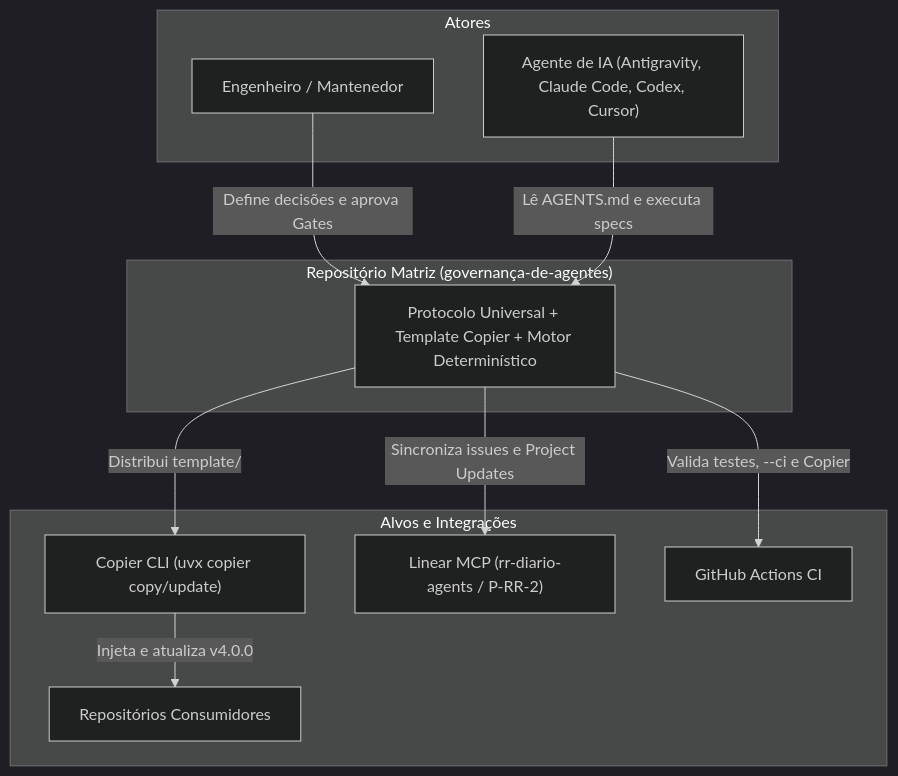
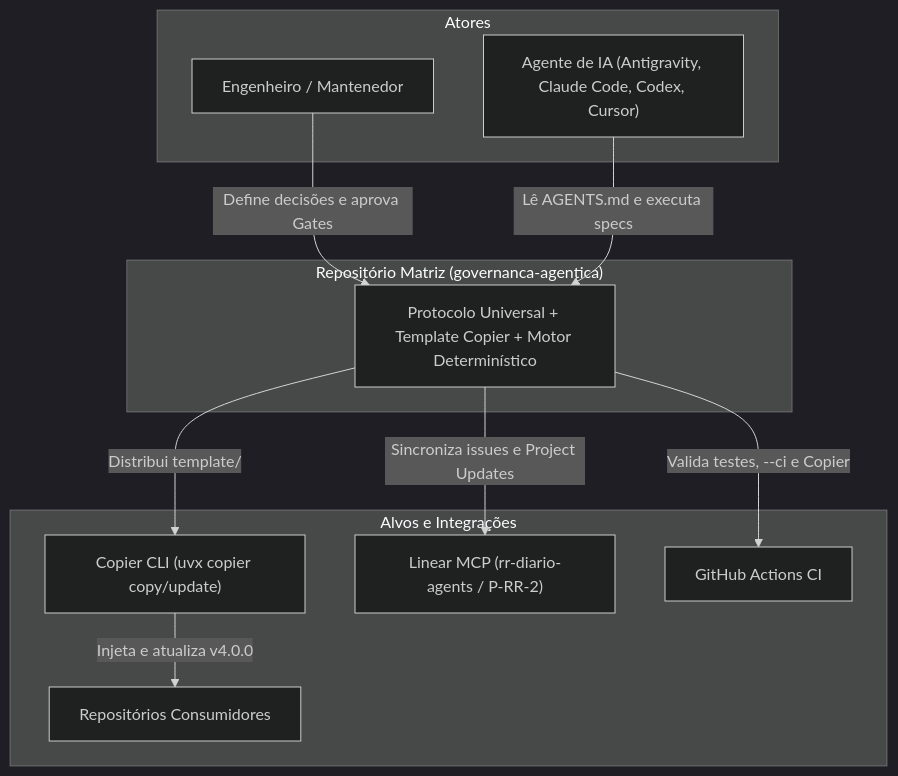
Before and after one commit to MRodrigoRS/governanca-agentica: the first of 2 diagrams in docs/arquitetura.md, drawn with Mermaid (dark theme). The commit also changed other lines of this file and 14 other files, not shown here.

Commit message:
chore(repo): renomeia repositorio para governanca-agentica e atualiza referencias

````diff
--- a/docs/arquitetura.md
+++ b/docs/arquitetura.md
@@ -10,25 +10,25 @@
 ```mermaid
 flowchart TD
     subgraph Atores["Atores"]
         Humano["Engenheiro / Mantenedor"]
         Agente["Agente de IA (Antigravity, Claude Code, Codex, Cursor)"]
     end
 
-    subgraph Sistema["Repositório Matriz (governança-de-agentes)"]
+    subgraph Sistema["Repositório Matriz (governanca-agentica)"]
         Matriz["Protocolo Universal + Template Copier + Motor Determinístico"]
     end
 
     subgraph Externos["Alvos e Integrações"]
         Copier["Copier CLI (uvx copier copy/update)"]
         Consumidor["Repositórios Consumidores"]
         Linear["Linear MCP (rr-diario-agents / P-RR-2)"]
         Actions["GitHub Actions CI"]
     end
 
     Humano -->|Define decisões e aprova Gates| Matriz
     Agente -->|Lê AGENTS.md e executa specs| Matriz
     Matriz -->|Distribui template/| Copier
     Copier -->|Injeta e atualiza v4.0.0| Consumidor
     Matriz -->|Sincroniza issues e Project Updates| Linear
     Matriz -->|Valida testes, --ci e Copier| Actions
 ```
````
